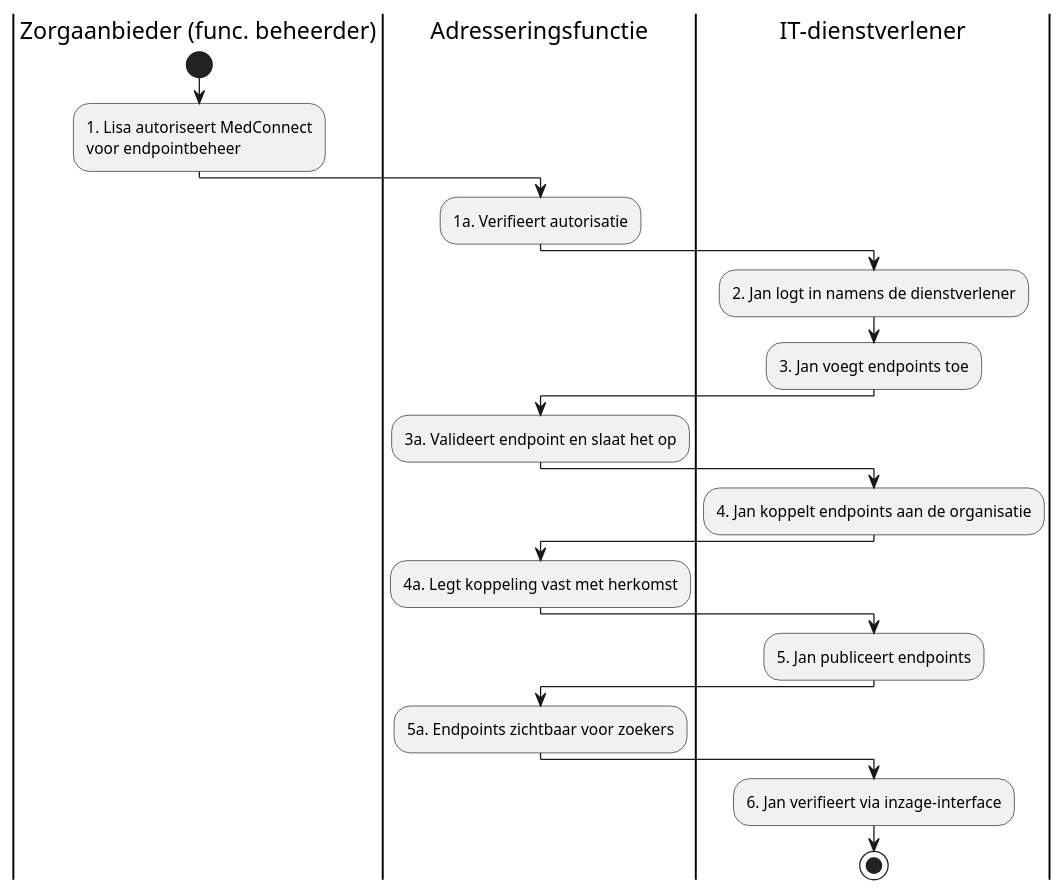
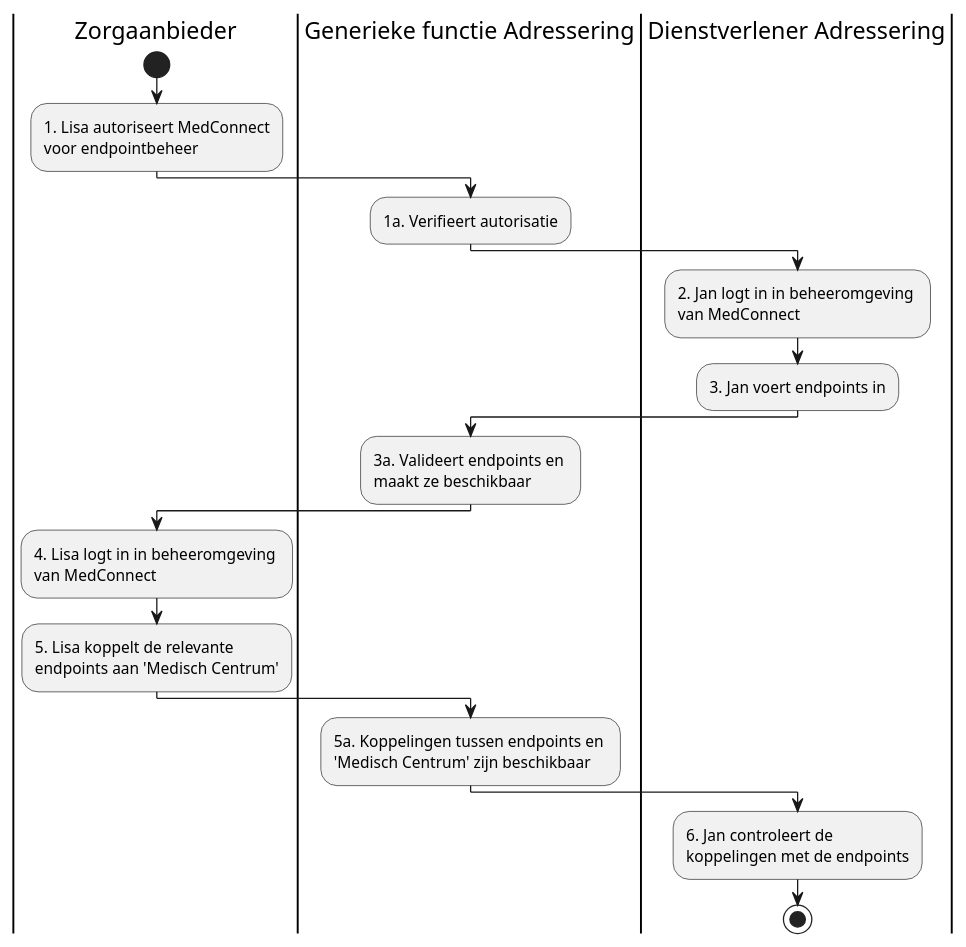
The diagram in 7.1-user-journey-Dienstverlener-voor-eerst-aansluiten.plantuml (jorritspee/gf-adressering-plantuml), drawn with PlantUML before and after one commit.

Commit message:
7.1 aangepast

```diff
--- a/7.1-user-journey-Dienstverlener-voor-eerst-aansluiten.plantuml
+++ b/7.1-user-journey-Dienstverlener-voor-eerst-aansluiten.plantuml
@@ -1,32 +1,28 @@
 @startuml
 
-|Zorgaanbieder (func. beheerder)|
+|Zorgaanbieder|
 start
 :1. Lisa autoriseert MedConnect
 voor endpointbeheer;
 
-|Adresseringsfunctie|
+|Generieke functie Adressering|
 :1a. Verifieert autorisatie;
 
-|IT-dienstverlener|
-:2. Jan logt in namens de dienstverlener;
-:3. Jan voegt endpoints toe;
+|Dienstverlener Adressering|
+:2. Jan logt in in beheeromgeving \nvan MedConnect;
+:3. Jan voert endpoints in;
 
-|Adresseringsfunctie|
-:3a. Valideert endpoint en slaat het op;
+|Generieke functie Adressering|
+:3a. Valideert endpoints en \nmaakt ze beschikbaar;
 
-|IT-dienstverlener|
-:4. Jan koppelt endpoints aan de organisatie;
-|Adresseringsfunctie|
-:4a. Legt koppeling vast met herkomst;
+|Zorgaanbieder|
+:4. Lisa logt in in beheeromgeving \nvan MedConnect;
+:5. Lisa koppelt de relevante \nendpoints aan 'Medisch Centrum';
 
-|IT-dienstverlener|
-:5. Jan publiceert endpoints;
+|Generieke functie Adressering|
+:5a. Koppelingen tussen endpoints en \n'Medisch Centrum' zijn beschikbaar;
 
-|Adresseringsfunctie|
-:5a. Endpoints zichtbaar voor zoekers;
-
-|IT-dienstverlener|
-:6. Jan verifieert via inzage-interface;
+|Dienstverlener Adressering|
+:6. Jan controleert de \nkoppelingen met de endpoints;
 stop
 @enduml
```
